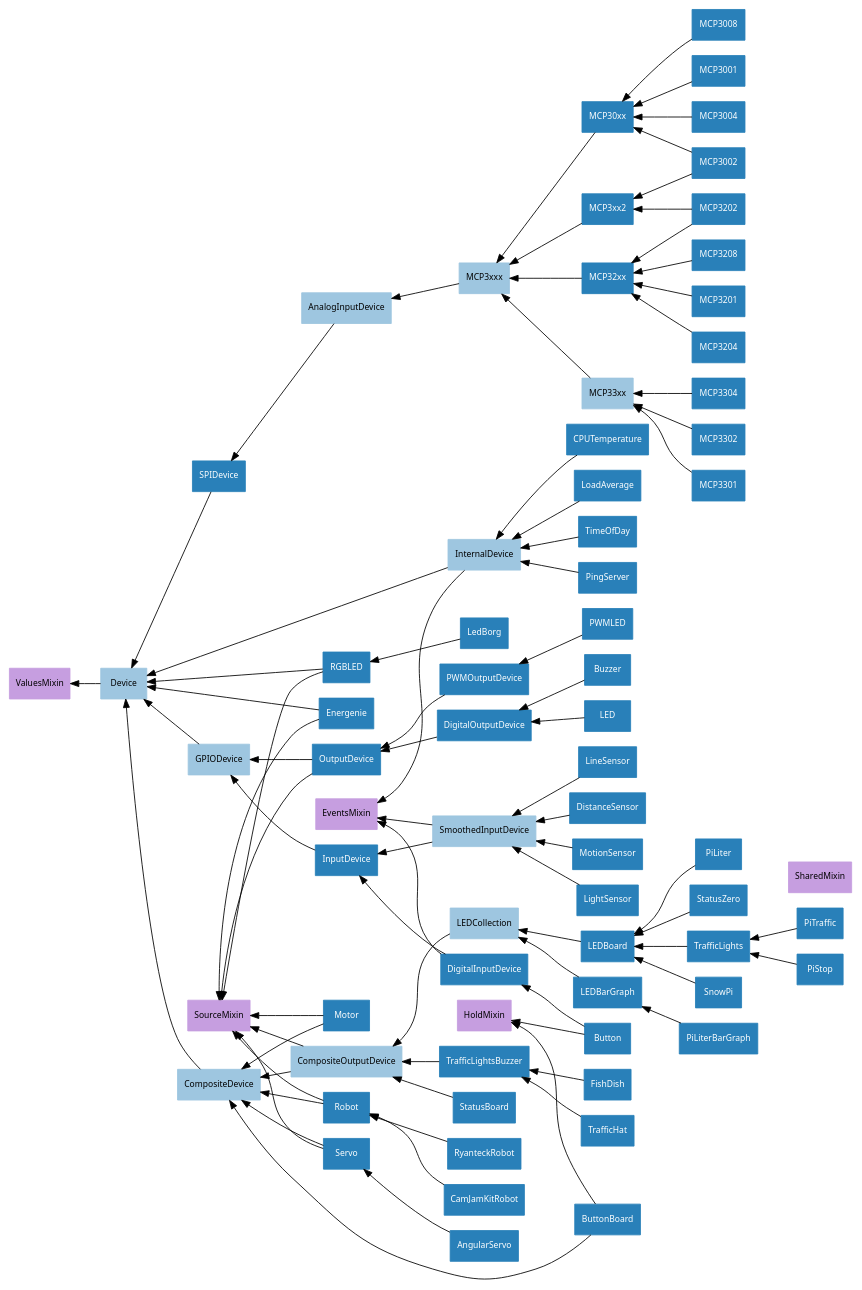
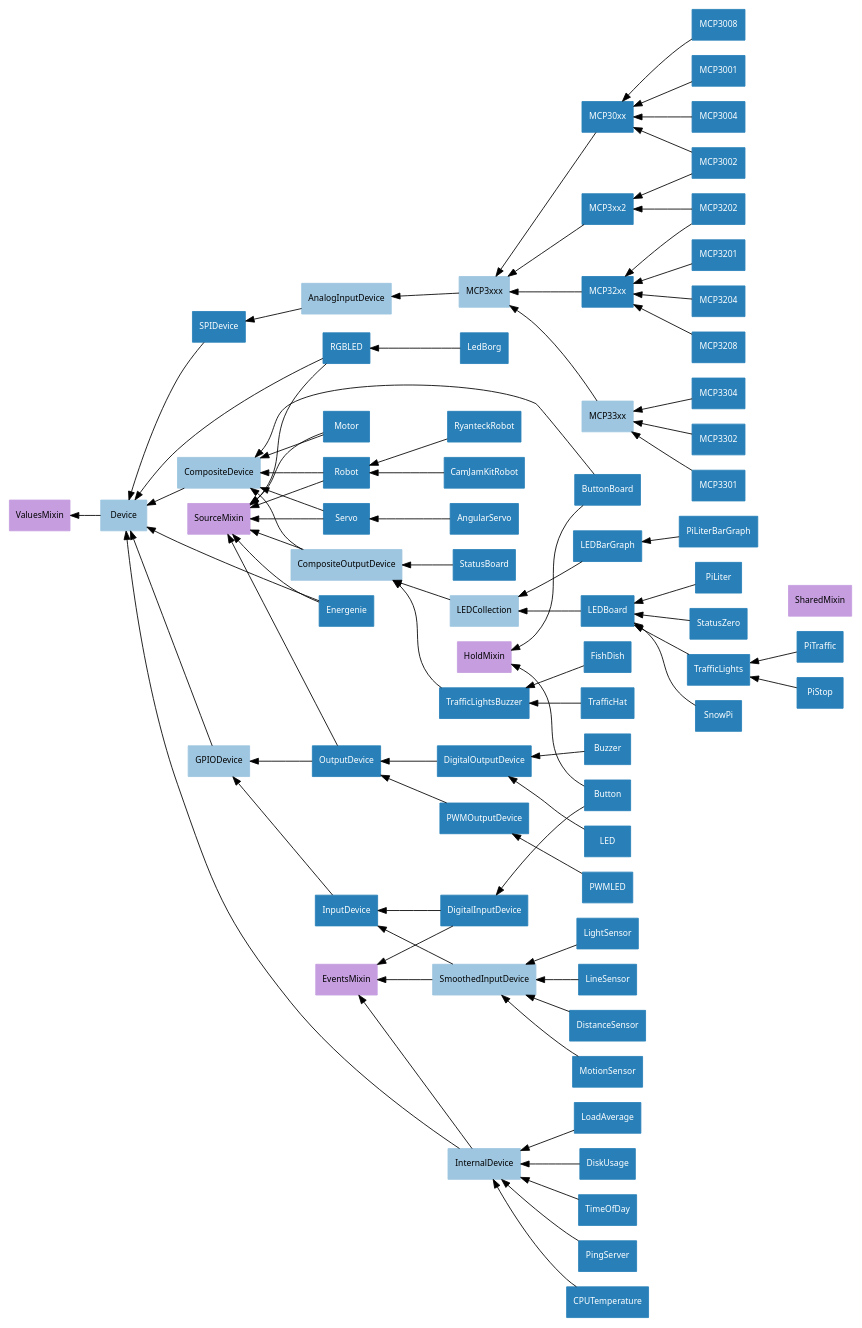
The diagram in docs/images/device_hierarchy.dot (gpiozero/gpiozero), drawn with Graphviz before and after one commit. The commit also changed 1 other file, not shown here.

Commit message:
Add DiskUsage to docs

```diff
--- a/docs/images/device_hierarchy.dot
+++ b/docs/images/device_hierarchy.dot
@@ -1,120 +1,121 @@
 /* vim: set et sw=4 sts=4: */
 
 digraph classes {
     graph [rankdir=RL];
     node [shape=rect, style=filled, fontname=Sans, fontsize=10];
     edge [];
 
     /* Mixin classes */
     node [color="#c69ee0", fontcolor="#000000"]
 
     ValuesMixin;
     SourceMixin;
     SharedMixin;
     EventsMixin;
     HoldMixin;
 
     /* Abstract classes */
     node [color="#9ec6e0", fontcolor="#000000"]
 
     Device;
     GPIODevice;
 
     SmoothedInputDevice;
     AnalogInputDevice;
     MCP3xxx;
     MCP33xx;
     CompositeDevice;
     CompositeOutputDevice;
     LEDCollection;
     InternalDevice;
 
     GPIODevice->Device;
     Device->ValuesMixin;
 
     /* Concrete classes */
     node [color="#2980b9", fontcolor="#ffffff"];
 
     InputDevice->GPIODevice;
     DigitalInputDevice->InputDevice;
     DigitalInputDevice->EventsMixin;
     SmoothedInputDevice->InputDevice;
     SmoothedInputDevice->EventsMixin;
     Button->DigitalInputDevice;
     Button->HoldMixin;
     MotionSensor->SmoothedInputDevice;
     LightSensor->SmoothedInputDevice;
     LineSensor->SmoothedInputDevice;
     DistanceSensor->SmoothedInputDevice;
 
     OutputDevice->GPIODevice;
     OutputDevice->SourceMixin;
     DigitalOutputDevice->OutputDevice;
     LED->DigitalOutputDevice;
     Buzzer->DigitalOutputDevice;
     PWMOutputDevice->OutputDevice;
     PWMLED->PWMOutputDevice;
     RGBLED->Device;
     RGBLED->SourceMixin;
 
     SPIDevice->Device;
     AnalogInputDevice->SPIDevice;
     MCP3xxx->AnalogInputDevice;
     MCP30xx->MCP3xxx;
     MCP32xx->MCP3xxx;
     MCP33xx->MCP3xxx;
     MCP3xx2->MCP3xxx;
 
     MCP3001->MCP30xx;
     MCP3002->MCP30xx;
     MCP3004->MCP30xx;
     MCP3008->MCP30xx;
     MCP3201->MCP32xx;
     MCP3202->MCP32xx;
     MCP3204->MCP32xx;
     MCP3208->MCP32xx;
     MCP3002->MCP3xx2;
     MCP3202->MCP3xx2;
     MCP3301->MCP33xx;
     MCP3302->MCP33xx;
     MCP3304->MCP33xx;
 
     CompositeDevice->Device;
     CompositeOutputDevice->CompositeDevice;
     CompositeOutputDevice->SourceMixin;
     LEDCollection->CompositeOutputDevice;
     LEDBoard->LEDCollection;
     LEDBarGraph->LEDCollection;
     LedBorg->RGBLED;
     ButtonBoard->CompositeDevice;
     ButtonBoard->HoldMixin;
     PiLiter->LEDBoard;
     PiLiterBarGraph->LEDBarGraph;
     StatusZero->LEDBoard;
     TrafficLights->LEDBoard;
     SnowPi->LEDBoard;
     PiTraffic->TrafficLights;
     PiStop->TrafficLights;
     TrafficLightsBuzzer->CompositeOutputDevice;
     StatusBoard->CompositeOutputDevice;
     FishDish->TrafficLightsBuzzer;
     TrafficHat->TrafficLightsBuzzer;
     Robot->CompositeDevice;
     Robot->SourceMixin;
     Energenie->Device;
     Energenie->SourceMixin;
     RyanteckRobot->Robot;
     CamJamKitRobot->Robot;
     Motor->CompositeDevice;
     Motor->SourceMixin;
     Servo->CompositeDevice;
     Servo->SourceMixin;
     AngularServo->Servo;
 
     InternalDevice->Device;
     InternalDevice->EventsMixin;
     TimeOfDay->InternalDevice;
     PingServer->InternalDevice;
     CPUTemperature->InternalDevice;
     LoadAverage->InternalDevice;
+    DiskUsage->InternalDevice;
 }
```
